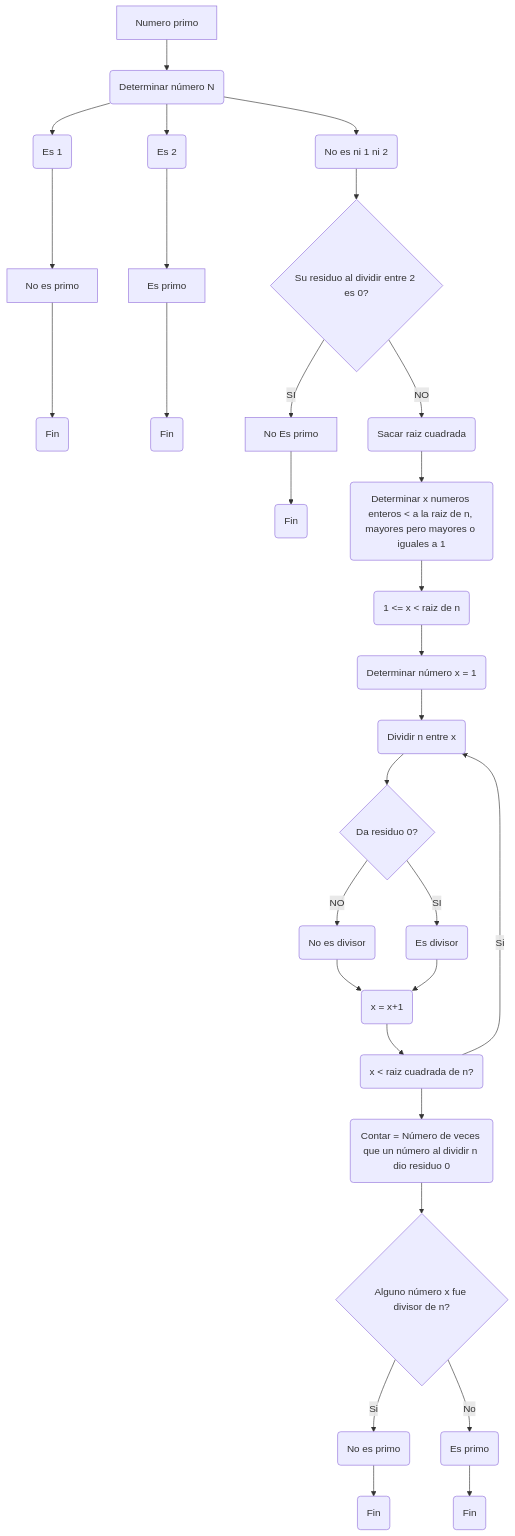
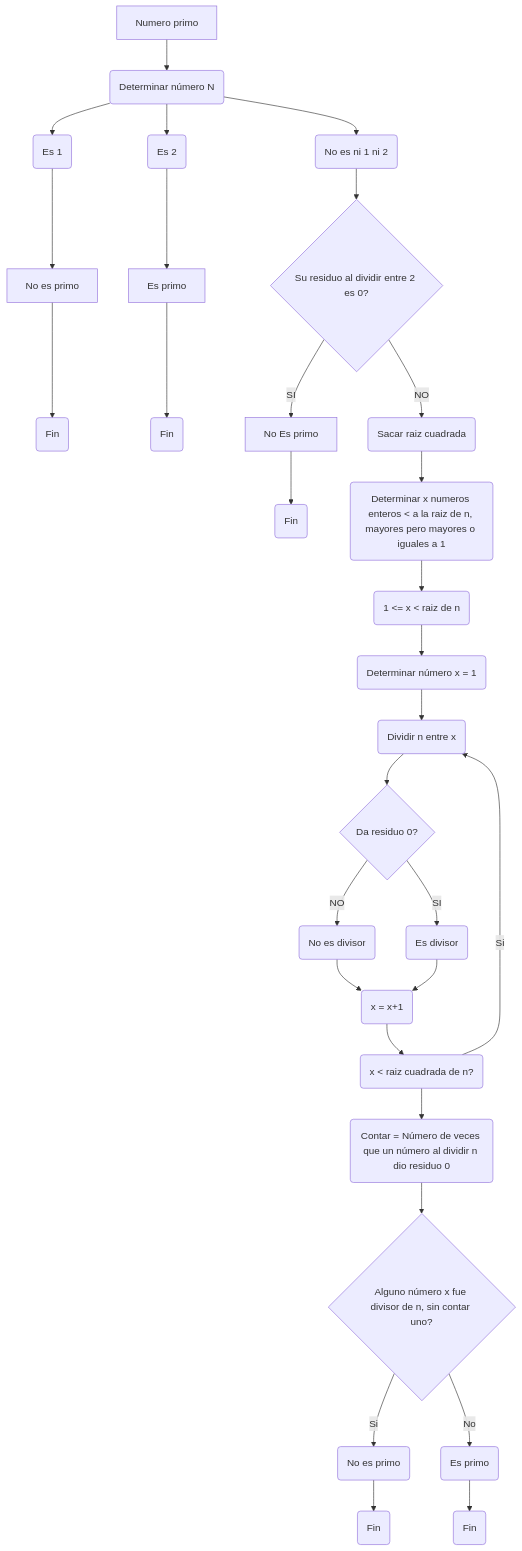
The first of 3 diagrams in README.md (MiguelAngelAcevedoOlaya/Reto-3-Miguel-Acevedo), drawn with Mermaid before and after one commit. The commit also changed other lines of this file, not shown here.

````diff
--- a/README.md
+++ b/README.md
@@ -9,32 +9,32 @@
 ```mermaid
 flowchart TD
     A[Numero primo] -->B(Determinar número N)
     B --> C(Es 1)
     C --> D[No es primo]
     D --> W(Fin)
     B --> E(Es 2)
     E --> F[Es primo]
     F --> X(Fin)
     B --> AC(No es ni 1 ni 2)
     AC --> G{Su residuo al dividir entre 2 es 0?}
     G -->|SI| H[No Es primo]
     H --> AB(Fin)
     G -->|NO| I(Sacar raiz cuadrada)
     I -->L(Determinar x numeros enteros < a la raiz de n, mayores pero mayores o iguales a 1)
     L --> M(1 <= x < raiz de n)
     M --> N(Determinar número x = 1)
     N --> T(Dividir n entre x)
     T --> Ñ{Da residuo 0?}
     Ñ -->|SI| O(Es divisor)
     Ñ -->|NO| P(No es divisor)
     P --> Q(x = x+1)
     O --> Q
     Q --> R(x < raiz cuadrada de n?)
     R --> |Si|T
     R --> S(Contar = Número de veces que un número al dividir n dio residuo 0)
-    S -->U{Alguno número x fue divisor de n?}
+    S -->U{Alguno número x fue divisor de n, sin contar uno?}
     U -->|Si| V(No es primo)
     V --> Z(Fin)
     U -->|No| AD(Es primo)
     AD --> AA(Fin)
 ```
````
